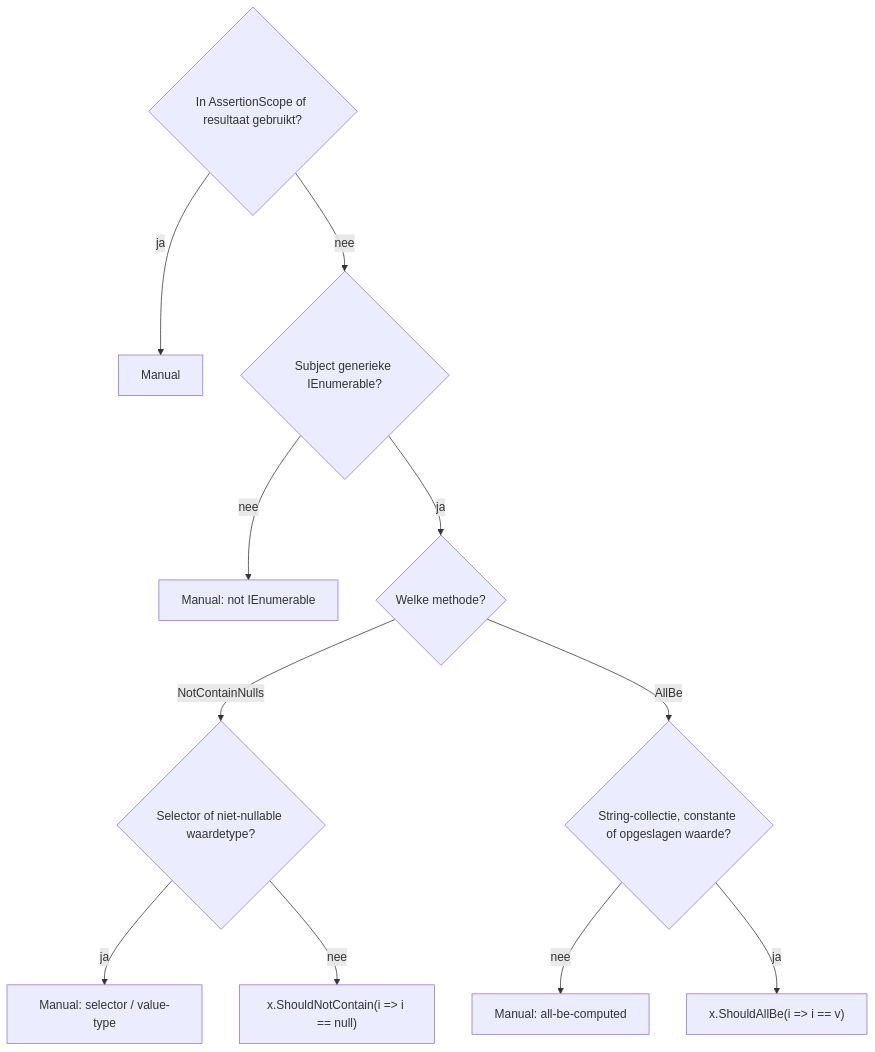
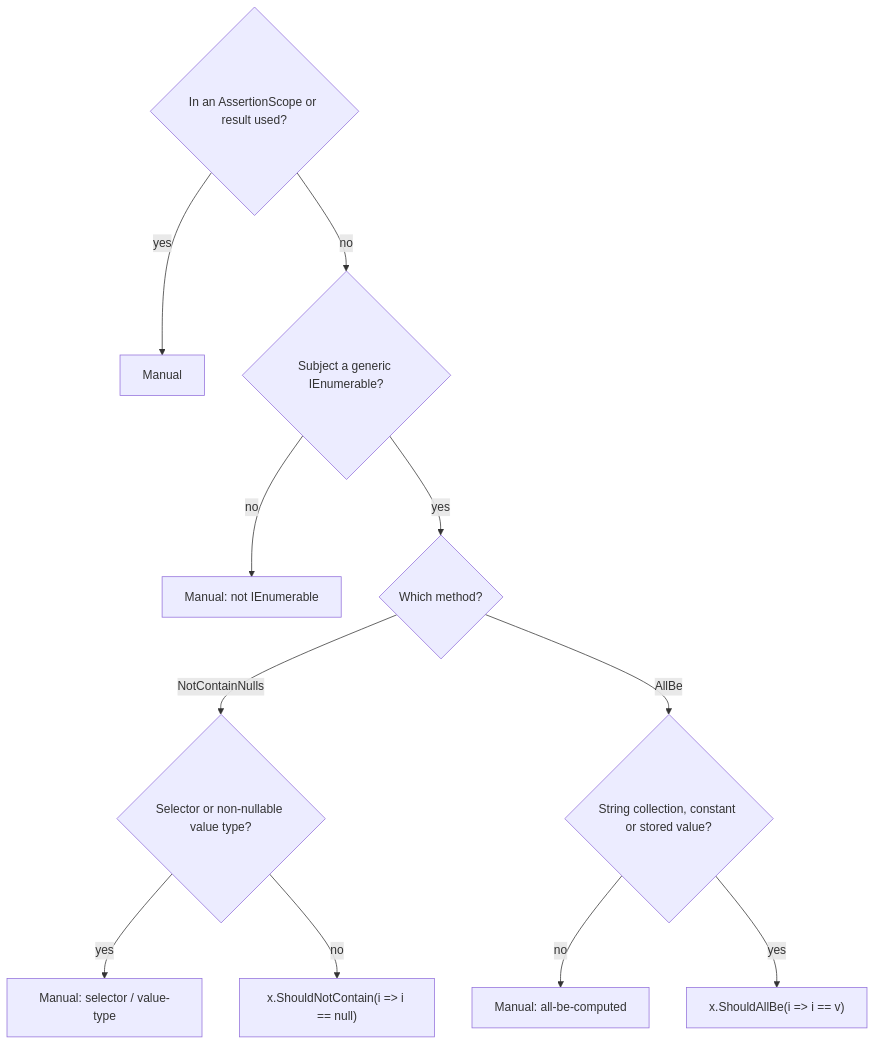
One commit to ATkingma/unshackle changed the third of 3 diagrams in docs/projectinfo/patterns/fa-not-contain-nulls-modellen.md. Above: the diagram before and after it, drawn with Mermaid. The commit also changed other lines of this file and 415 other files, not shown here.

````diff
--- a/docs/projectinfo/patterns/fa-not-contain-nulls-modellen.md
+++ b/docs/projectinfo/patterns/fa-not-contain-nulls-modellen.md
@@ -45,13 +45,13 @@
 ```mermaid
 flowchart TD
-    A{In AssertionScope of resultaat gebruikt?} -- ja --> M1[Manual]
-    A -- nee --> B{Subject generieke IEnumerable?}
-    B -- nee --> M2[Manual: not IEnumerable]
-    B -- ja --> C{Welke methode?}
-    C -- NotContainNulls --> D{Selector of niet-nullable waardetype?}
-    D -- ja --> M3[Manual: selector / value-type]
-    D -- nee --> F1["x.ShouldNotContain(i => i == null)"]
-    C -- AllBe --> E{String-collectie, constante of opgeslagen waarde?}
-    E -- nee --> M4[Manual: all-be-computed]
-    E -- ja --> F2["x.ShouldAllBe(i => i == v)"]
+    A{In an AssertionScope or result used?} -- yes --> M1[Manual]
+    A -- no --> B{Subject a generic IEnumerable?}
+    B -- no --> M2[Manual: not IEnumerable]
+    B -- yes --> C{Which method?}
+    C -- NotContainNulls --> D{Selector or non-nullable value type?}
+    D -- yes --> M3[Manual: selector / value-type]
+    D -- no --> F1["x.ShouldNotContain(i => i == null)"]
+    C -- AllBe --> E{String collection, constant or stored value?}
+    E -- no --> M4[Manual: all-be-computed]
+    E -- yes --> F2["x.ShouldAllBe(i => i == v)"]
 ```
````
